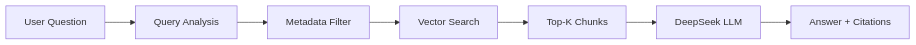
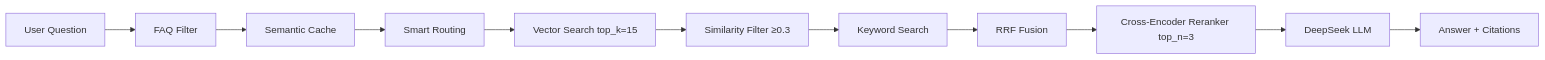
One commit to truongvinhkhuong/tdh-tte changed the second of 2 diagrams in docs/ai-engine/architecture.md. Above: the diagram before and after it, drawn with Mermaid. The commit also changed other lines of this file and 4 other files, not shown here.

````diff
--- a/docs/ai-engine/architecture.md
+++ b/docs/ai-engine/architecture.md
@@ -126,9 +155,13 @@
 ```mermaid
 flowchart LR
-    A[User Question] --> B[Query Analysis]
-    B --> C[Metadata Filter]
-    C --> D[Vector Search]
-    D --> E[Top-K Chunks]
-    E --> F[DeepSeek LLM]
-    F --> G[Answer + Citations]
+    A[User Question] --> B[FAQ Filter]
+    B --> C[Semantic Cache]
+    C --> D[Smart Routing]
+    D --> E[Vector Search top_k=15]
+    E --> F[Similarity Filter ≥0.3]
+    F --> G[Keyword Search]
+    G --> H[RRF Fusion]
+    H --> I[Cross-Encoder Reranker top_n=3]
+    I --> J[DeepSeek LLM]
+    J --> K[Answer + Citations]
 ```
````
